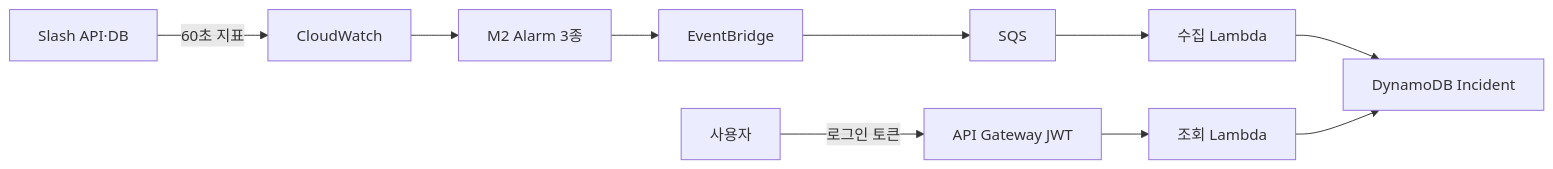
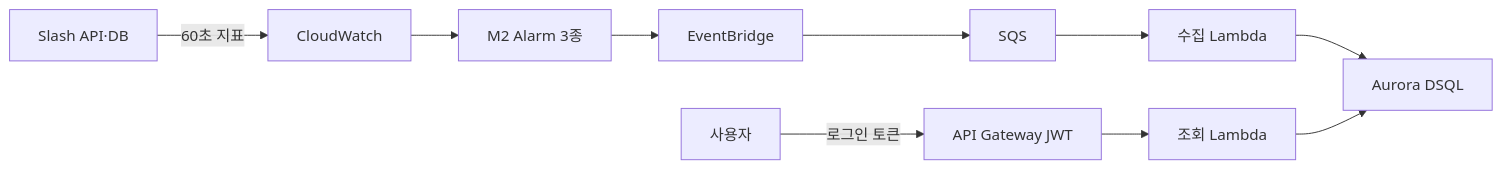
Before and after one commit to YeonWoojuice/LambdaOps: the diagram in README.md, drawn with Mermaid. The commit also changed other lines of this file and 23 other files, not shown here.

````diff
--- a/README.md
+++ b/README.md
@@ -7,12 +7,12 @@
 ```mermaid
 flowchart LR
     Slash["Slash API·DB"] -->|60초 지표| CW["CloudWatch"]
     CW --> Alarm["M2 Alarm 3종"]
     Alarm --> EB["EventBridge"]
     EB --> SQS["SQS"]
     SQS --> Ingest["수집 Lambda"]
-    Ingest --> DB["DynamoDB Incident"]
+    Ingest --> DB["Aurora DSQL"]
     User["사용자"] -->|로그인 토큰| API["API Gateway JWT"]
     API --> Read["조회 Lambda"]
     Read --> DB
 ```
````
